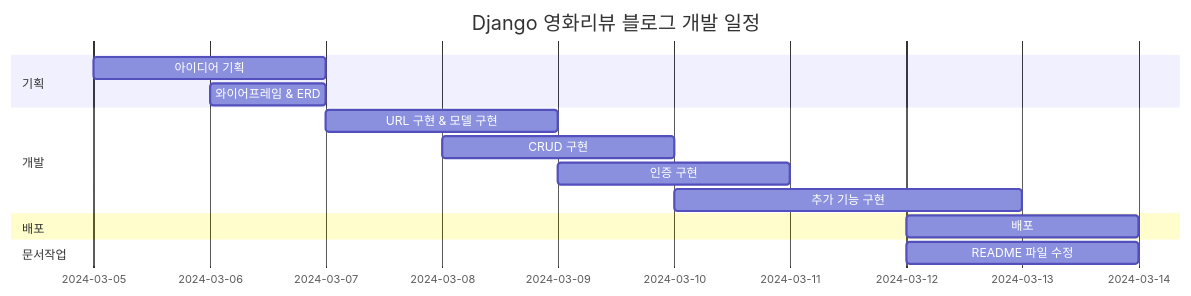
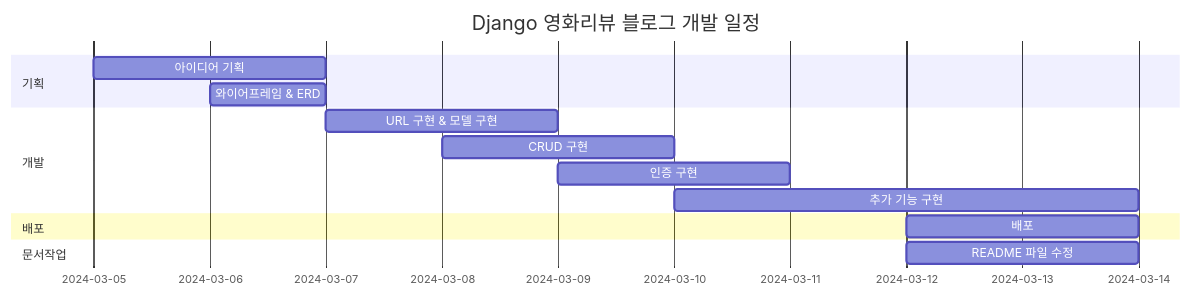
One commit to JoohyungDev/movie-review-blog changed the second of 3 diagrams in README.md. Above: the diagram before and after it, drawn with Mermaid.

````diff
--- a/README.md
+++ b/README.md
@@ -240,18 +240,18 @@
 ```mermaid
 gantt
     dateFormat  YYYY-MM-DD
     title Django 영화리뷰 블로그 개발 일정
     section 기획
     아이디어 기획 :a1, 2024-03-05, 2024-03-07
     와이어프레임 & ERD :a2, 2024-03-06, 2024-03-07
     section 개발
     URL 구현 & 모델 구현 :a3, 2024-03-07, 2024-03-09
     CRUD 구현 :a4, 2024-03-08, 2024-03-10
     인증 구현 :a5, 2024-03-09, 2024-03-11
-    추가 기능 구현 :a6, 2024-03-10, 2024-03-13
+    추가 기능 구현 :a6, 2024-03-10, 2024-03-14
     section 배포
     배포 :a7, 2024-03-12, 2024-03-14
     section 문서작업
     README 파일 수정 :a8, 2024-03-12, 2024-03-14
 
 ```
````
